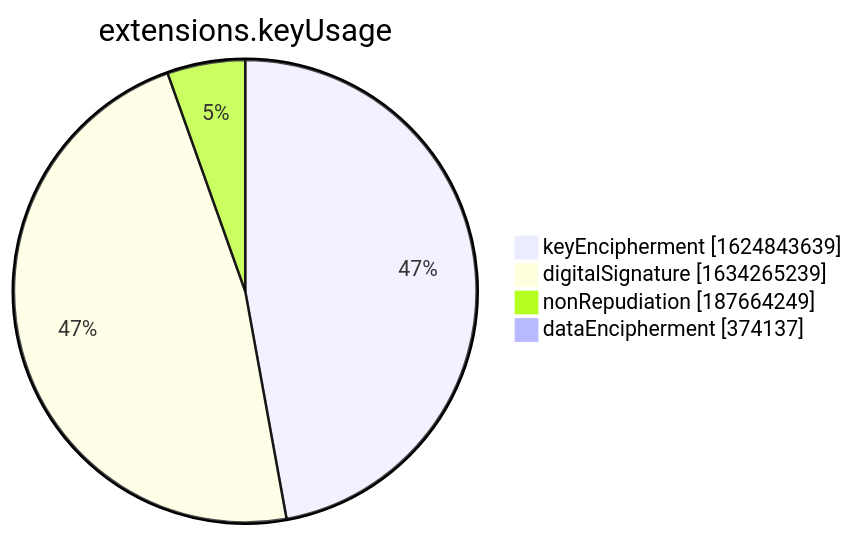
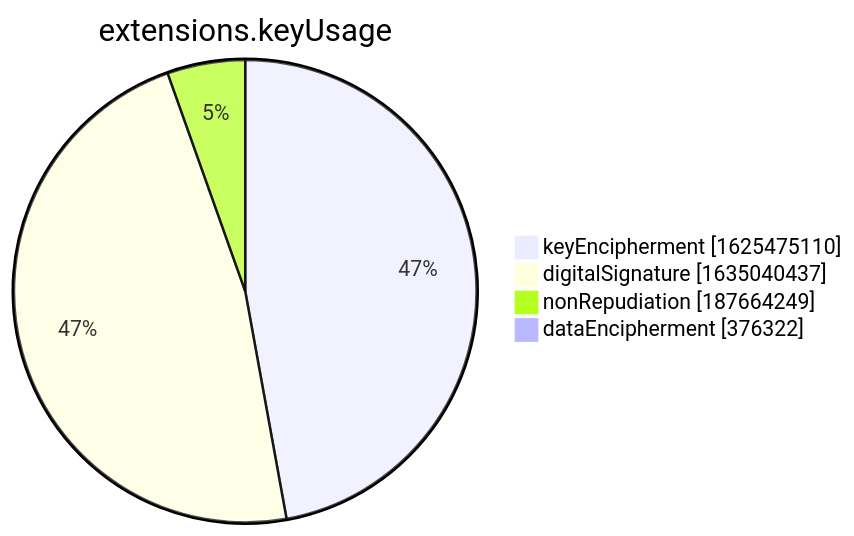
Before and after one commit to christiankrug/ctmonitor_visualization: the seventh of 15 diagrams in xenon2022/README.md, drawn with Mermaid. The commit also changed other lines of this file, not shown here.

````diff
--- a/xenon2022/README.md
+++ b/xenon2022/README.md
@@ -2855,8 +2855,8 @@
 ```mermaid
 pie showData
 title extensions.keyUsage
-"keyEncipherment" :1624843639
-"digitalSignature" :1634265239
+"keyEncipherment" :1625475110
+"digitalSignature" :1635040437
 "nonRepudiation" :187664249
-"dataEncipherment" :374137
+"dataEncipherment" :376322
 ```
````
